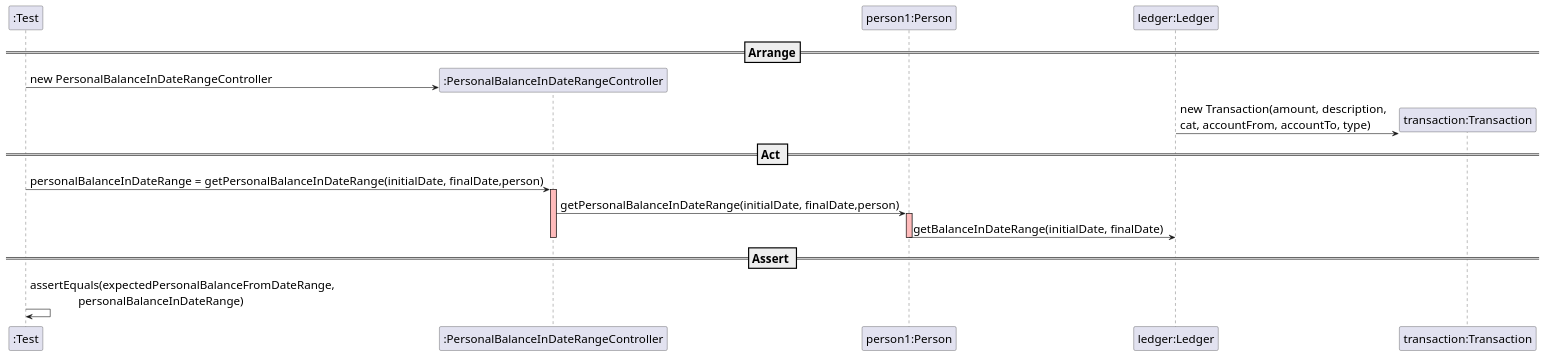
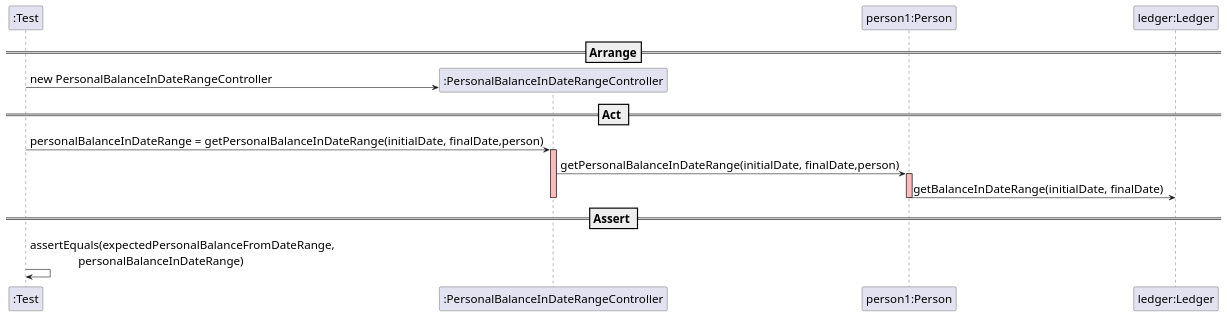
One commit to mleitaoribeiro/DevOpsMaven changed the diagram in docs/SequenceDiagram - US017.puml. Above: the diagram before and after it, drawn with PlantUML.

Commit message:
ref #398

```diff
--- a/docs/SequenceDiagram - US017.puml
+++ b/docs/SequenceDiagram - US017.puml
@@ -1,35 +1,32 @@
 @startuml
 
 skinparam DefaultFontSize 20
 create ":Test"
 
 ==Arrange==
 create ":PersonalBalanceInDateRangeController"
 ":Test" -> ":PersonalBalanceInDateRangeController" : new PersonalBalanceInDateRangeController
 
 participant "person1:Person"
 
 participant "ledger:Ledger"
-create "transaction:Transaction"
-"ledger:Ledger" -> "transaction:Transaction" : new Transaction(amount, description, \ncat, accountFrom, accountTo, type)
-deactivate "ledger:Ledger" #FFBBBB
 
 
 == Act ==
 
 ":Test" -> ":PersonalBalanceInDateRangeController" : personalBalanceInDateRange = getPersonalBalanceInDateRange(initialDate, finalDate,person)
 activate ":PersonalBalanceInDateRangeController"  #FFBBBB
 
 ":PersonalBalanceInDateRangeController" -> "person1:Person" :getPersonalBalanceInDateRange(initialDate, finalDate,person)
 activate "person1:Person"  #FFBBBB
 
 "person1:Person" -> "ledger:Ledger": getBalanceInDateRange(initialDate, finalDate)
 deactivate "person1:Person"  #FFBBBB
 deactivate ":PersonalBalanceInDateRangeController"  #FFBBBB
 
 == Assert ==
 
 ":Test" -> ":Test" : assertEquals(expectedPersonalBalanceFromDateRange, \n                personalBalanceInDateRange)
 
 
 @enduml
```
